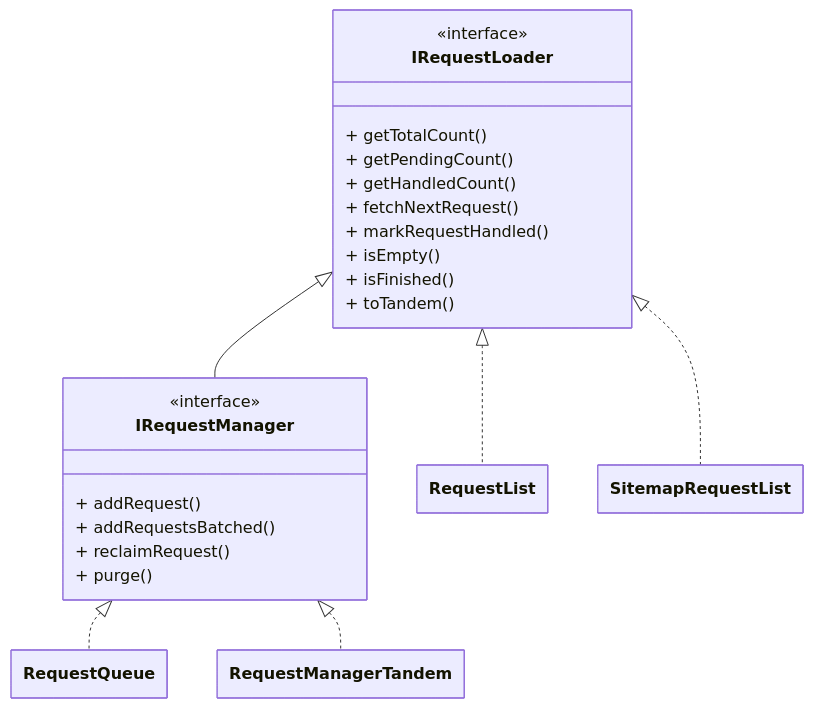
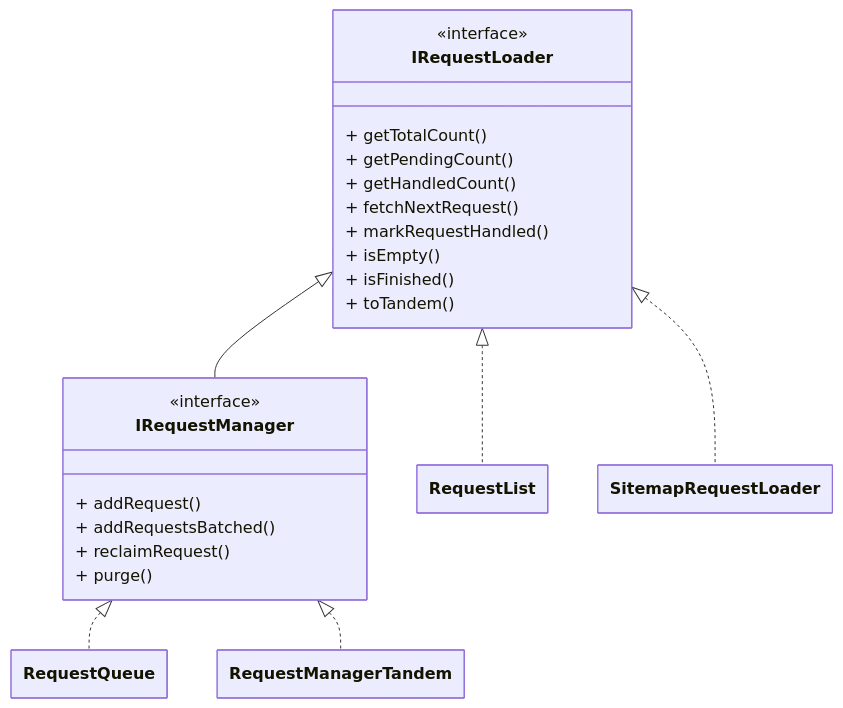
The diagram in docs/guides/request_loaders.mdx (apify/crawlee), drawn with Mermaid before and after one commit. The commit also changed other lines of this file and 10 other files, not shown here.

Commit message:
SitemapRequestList → SitemapRequestLoader

````diff
--- a/docs/guides/request_loaders.mdx
+++ b/docs/guides/request_loaders.mdx
@@ -37,55 +37,55 @@
 ```mermaid
 ---
 config:
     class:
         hideEmptyMembersBox: true
 ---
 
 classDiagram
 
 %% ========================
 %% Abstract interfaces
 %% ========================
 
 class IRequestLoader {
     <<interface>>
     + getTotalCount()
     + getPendingCount()
     + getHandledCount()
     + fetchNextRequest()
     + markRequestHandled()
     + isEmpty()
     + isFinished()
     + toTandem()
 }
 
 class IRequestManager {
     <<interface>>
     + addRequest()
     + addRequestsBatched()
     + reclaimRequest()
     + purge()
 }
 
 %% ========================
 %% Concrete classes
 %% ========================
 
 class RequestQueue
 
 class RequestList
 
-class SitemapRequestList
+class SitemapRequestLoader
 
 class RequestManagerTandem
 
 %% ========================
 %% Inheritance arrows
 %% ========================
 
 IRequestLoader <|-- IRequestManager
 IRequestLoader <|.. RequestList
-IRequestLoader <|.. SitemapRequestList
+IRequestLoader <|.. SitemapRequestLoader
 IRequestManager <|.. RequestQueue
 IRequestManager <|.. RequestManagerTandem
 ```
````
